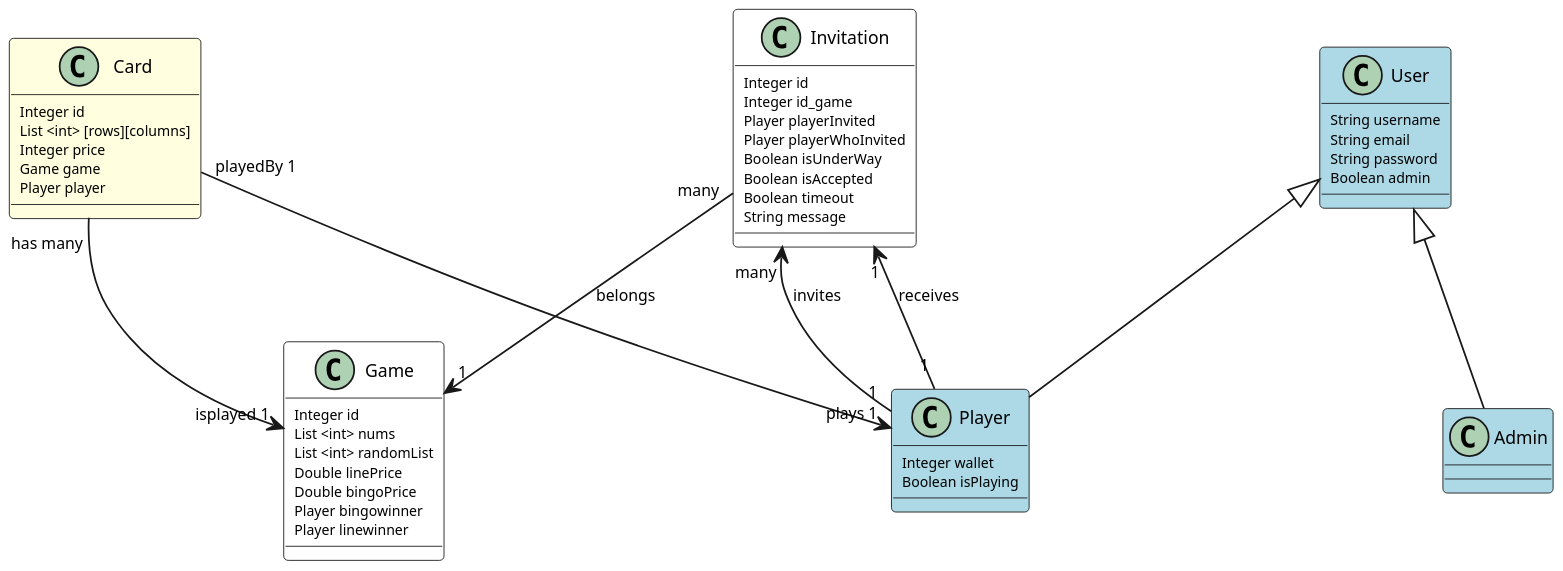
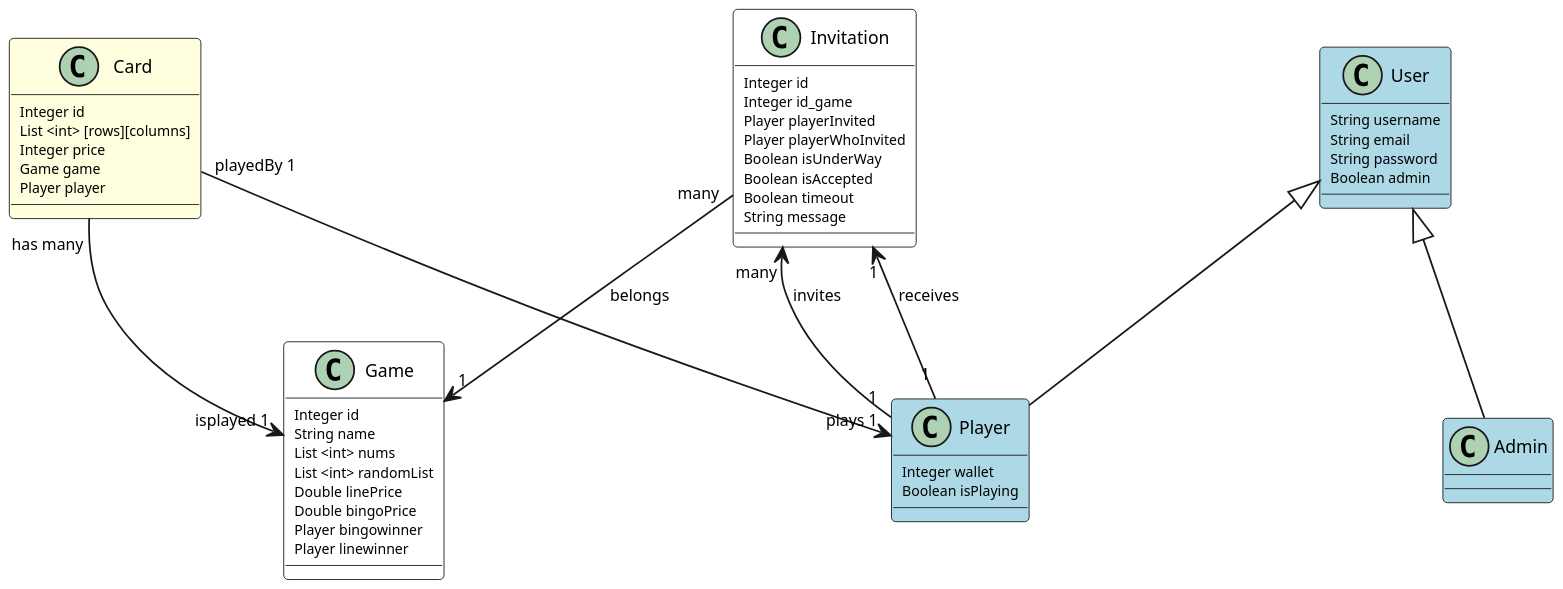
The diagram in uml.puml (UdL-EPS-SoftArch/webingo-geiade-api), drawn with PlantUML before and after one commit.

Commit message:
uml ready

```diff
--- a/uml.puml
+++ b/uml.puml
@@ -1,68 +1,69 @@
 @startuml
 scale 800*800
 skinparam dpi 200
 skinparam classAttributeFontSize 8
 skinparam classArrowFontSize 9
 skinparam classFontSize 10
 skinparam nodesep 120
 skinparam ranksep 40
 hide stereotype
 skinparam class {
 	BackgroundColor White
 	BackgroundColor<<User>> LightBlue
 	BackgroundColor<<Card>> LightYellow
 }
 
 class Card <<Card>> {
     Integer id
     List <int> [rows][columns]
     Integer price
     Game game
     Player player
 }
 
 class Invitation <<Invitation>> {
     Integer id
     Integer id_game
     Player playerInvited
     Player playerWhoInvited
     Boolean isUnderWay
     Boolean isAccepted
     Boolean timeout
     String message
 }
 
 class Game <<Game>> {
     Integer id
+    String name
     List <int> nums
     List <int> randomList
     Double linePrice
     Double bingoPrice
     Player bingowinner
     Player linewinner
 }
 Card "has many" --> "isplayed 1" Game
 
 class User <<User>> {
     String username
     String email
     String password
     Boolean admin
 
 }
 
 class Player <<User>> extends User {
     Integer wallet
     Boolean isPlaying
 
 }
 Card "playedBy 1" --> "plays 1" Player
 Invitation "many" <-- "1" Player : invites
 Invitation "1" <-- "1" Player : receives
 Invitation "many" --> "1" Game : belongs
 
 
 class Admin <<User>> extends User {
 
 }
 @enduml
```
